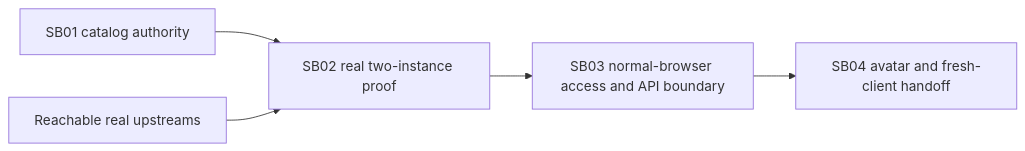
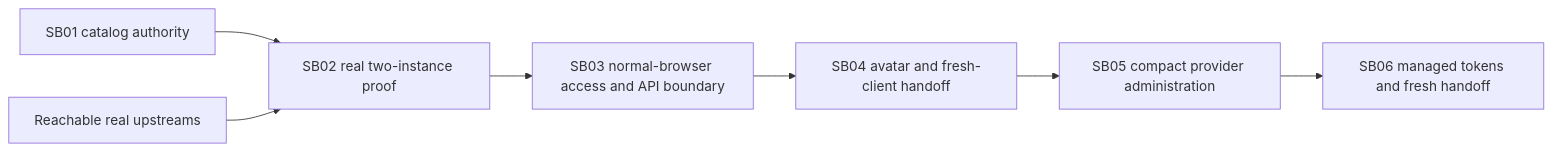
One commit to fyziktom/CanDoItAll changed the diagram in codex/bundles/shared-provider-real-catalogs/plan/01-phase-plan.md. Above: the diagram before and after it, drawn with Mermaid. The commit also changed other lines of this file and 122 other files, not shown here.

````diff
--- a/codex/bundles/shared-provider-real-catalogs/plan/01-phase-plan.md
+++ b/codex/bundles/shared-provider-real-catalogs/plan/01-phase-plan.md
@@ -12,7 +14,9 @@
 ```mermaid
 flowchart LR
   SB01["SB01 catalog authority"] --> SB02["SB02 real two-instance proof"]
   SB02 --> SB03["SB03 normal-browser access and API boundary"]
   SB03 --> SB04["SB04 avatar and fresh-client handoff"]
+  SB04 --> SB05["SB05 compact provider administration"]
+  SB05 --> SB06["SB06 managed tokens and fresh handoff"]
   Real["Reachable real upstreams"] --> SB02
 ```
````
